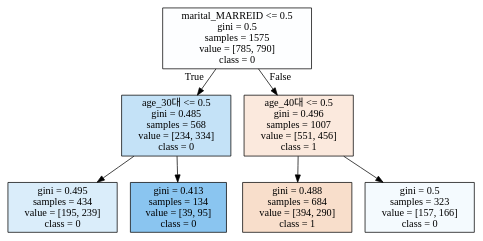
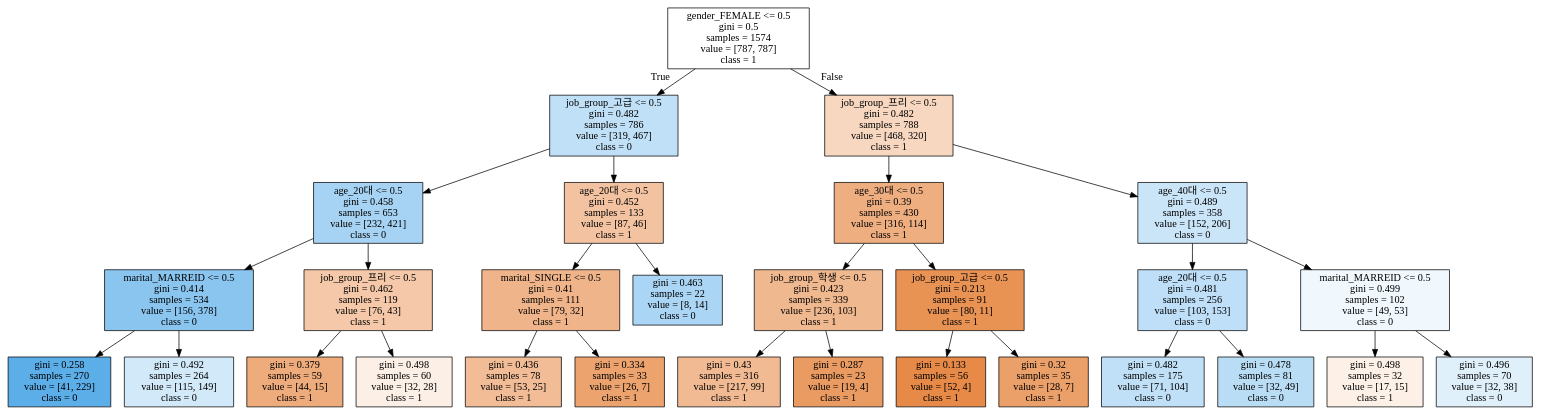
One commit to Hyuck-2/BigData changed the diagram in project/dfh_.dot. Above: the diagram before and after it, drawn with Graphviz. The commit also changed 393 other files, not shown here.

```diff
--- a/project/dfh_.dot
+++ b/project/dfh_.dot
@@ -1,16 +1,60 @@
 digraph Tree {
 node [shape=box, style="filled", color="black"] ;
-0 [label="marital_MARREID <= 0.5\ngini = 0.5\nsamples = 1575\nvalue = [785, 790]\nclass = 0", fillcolor="#399de502"] ;
-1 [label="age_30대 <= 0.5\ngini = 0.485\nsamples = 568\nvalue = [234, 334]\nclass = 0", fillcolor="#399de54c"] ;
+0 [label="gender_FEMALE <= 0.5\ngini = 0.5\nsamples = 1574\nvalue = [787, 787]\nclass = 1", fillcolor="#e5813900"] ;
+1 [label="job_group_고급 <= 0.5\ngini = 0.482\nsamples = 786\nvalue = [319, 467]\nclass = 0", fillcolor="#399de551"] ;
 0 -> 1 [labeldistance=2.5, labelangle=45, headlabel="True"] ;
-2 [label="gini = 0.495\nsamples = 434\nvalue = [195, 239]\nclass = 0", fillcolor="#399de52f"] ;
+2 [label="age_20대 <= 0.5\ngini = 0.458\nsamples = 653\nvalue = [232, 421]\nclass = 0", fillcolor="#399de572"] ;
 1 -> 2 ;
-3 [label="gini = 0.413\nsamples = 134\nvalue = [39, 95]\nclass = 0", fillcolor="#399de596"] ;
-1 -> 3 ;
-4 [label="age_40대 <= 0.5\ngini = 0.496\nsamples = 1007\nvalue = [551, 456]\nclass = 1", fillcolor="#e581392c"] ;
-0 -> 4 [labeldistance=2.5, labelangle=-45, headlabel="False"] ;
-5 [label="gini = 0.488\nsamples = 684\nvalue = [394, 290]\nclass = 1", fillcolor="#e5813943"] ;
-4 -> 5 ;
-6 [label="gini = 0.5\nsamples = 323\nvalue = [157, 166]\nclass = 0", fillcolor="#399de50e"] ;
-4 -> 6 ;
+3 [label="marital_MARREID <= 0.5\ngini = 0.414\nsamples = 534\nvalue = [156, 378]\nclass = 0", fillcolor="#399de596"] ;
+2 -> 3 ;
+4 [label="gini = 0.258\nsamples = 270\nvalue = [41, 229]\nclass = 0", fillcolor="#399de5d1"] ;
+3 -> 4 ;
+5 [label="gini = 0.492\nsamples = 264\nvalue = [115, 149]\nclass = 0", fillcolor="#399de53a"] ;
+3 -> 5 ;
+6 [label="job_group_프리 <= 0.5\ngini = 0.462\nsamples = 119\nvalue = [76, 43]\nclass = 1", fillcolor="#e581396f"] ;
+2 -> 6 ;
+7 [label="gini = 0.379\nsamples = 59\nvalue = [44, 15]\nclass = 1", fillcolor="#e58139a8"] ;
+6 -> 7 ;
+8 [label="gini = 0.498\nsamples = 60\nvalue = [32, 28]\nclass = 1", fillcolor="#e5813920"] ;
+6 -> 8 ;
+9 [label="age_20대 <= 0.5\ngini = 0.452\nsamples = 133\nvalue = [87, 46]\nclass = 1", fillcolor="#e5813978"] ;
+1 -> 9 ;
+10 [label="marital_SINGLE <= 0.5\ngini = 0.41\nsamples = 111\nvalue = [79, 32]\nclass = 1", fillcolor="#e5813998"] ;
+9 -> 10 ;
+11 [label="gini = 0.436\nsamples = 78\nvalue = [53, 25]\nclass = 1", fillcolor="#e5813987"] ;
+10 -> 11 ;
+12 [label="gini = 0.334\nsamples = 33\nvalue = [26, 7]\nclass = 1", fillcolor="#e58139ba"] ;
+10 -> 12 ;
+13 [label="gini = 0.463\nsamples = 22\nvalue = [8, 14]\nclass = 0", fillcolor="#399de56d"] ;
+9 -> 13 ;
+14 [label="job_group_프리 <= 0.5\ngini = 0.482\nsamples = 788\nvalue = [468, 320]\nclass = 1", fillcolor="#e5813951"] ;
+0 -> 14 [labeldistance=2.5, labelangle=-45, headlabel="False"] ;
+15 [label="age_30대 <= 0.5\ngini = 0.39\nsamples = 430\nvalue = [316, 114]\nclass = 1", fillcolor="#e58139a3"] ;
+14 -> 15 ;
+16 [label="job_group_학생 <= 0.5\ngini = 0.423\nsamples = 339\nvalue = [236, 103]\nclass = 1", fillcolor="#e5813990"] ;
+15 -> 16 ;
+17 [label="gini = 0.43\nsamples = 316\nvalue = [217, 99]\nclass = 1", fillcolor="#e581398b"] ;
+16 -> 17 ;
+18 [label="gini = 0.287\nsamples = 23\nvalue = [19, 4]\nclass = 1", fillcolor="#e58139c9"] ;
+16 -> 18 ;
+19 [label="job_group_고급 <= 0.5\ngini = 0.213\nsamples = 91\nvalue = [80, 11]\nclass = 1", fillcolor="#e58139dc"] ;
+15 -> 19 ;
+20 [label="gini = 0.133\nsamples = 56\nvalue = [52, 4]\nclass = 1", fillcolor="#e58139eb"] ;
+19 -> 20 ;
+21 [label="gini = 0.32\nsamples = 35\nvalue = [28, 7]\nclass = 1", fillcolor="#e58139bf"] ;
+19 -> 21 ;
+22 [label="age_40대 <= 0.5\ngini = 0.489\nsamples = 358\nvalue = [152, 206]\nclass = 0", fillcolor="#399de543"] ;
+14 -> 22 ;
+23 [label="age_20대 <= 0.5\ngini = 0.481\nsamples = 256\nvalue = [103, 153]\nclass = 0", fillcolor="#399de553"] ;
+22 -> 23 ;
+24 [label="gini = 0.482\nsamples = 175\nvalue = [71, 104]\nclass = 0", fillcolor="#399de551"] ;
+23 -> 24 ;
+25 [label="gini = 0.478\nsamples = 81\nvalue = [32, 49]\nclass = 0", fillcolor="#399de558"] ;
+23 -> 25 ;
+26 [label="marital_MARREID <= 0.5\ngini = 0.499\nsamples = 102\nvalue = [49, 53]\nclass = 0", fillcolor="#399de513"] ;
+22 -> 26 ;
+27 [label="gini = 0.498\nsamples = 32\nvalue = [17, 15]\nclass = 1", fillcolor="#e581391e"] ;
+26 -> 27 ;
+28 [label="gini = 0.496\nsamples = 70\nvalue = [32, 38]\nclass = 0", fillcolor="#399de528"] ;
+26 -> 28 ;
 }
```
